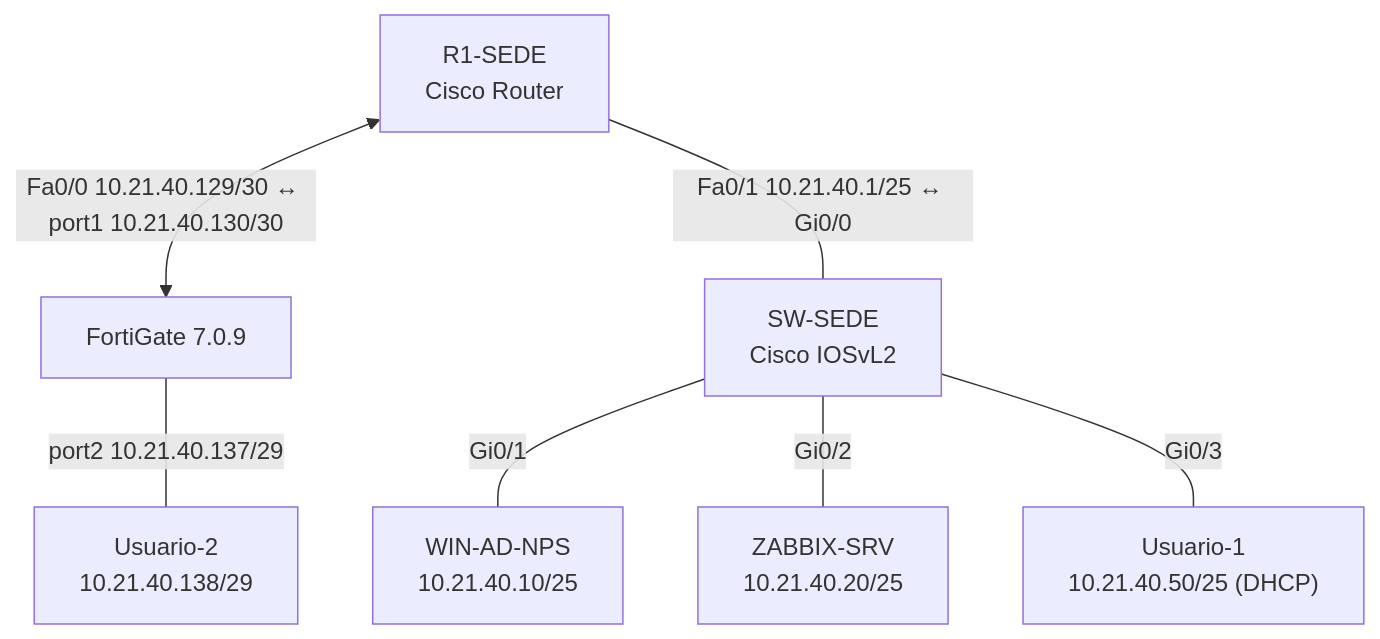
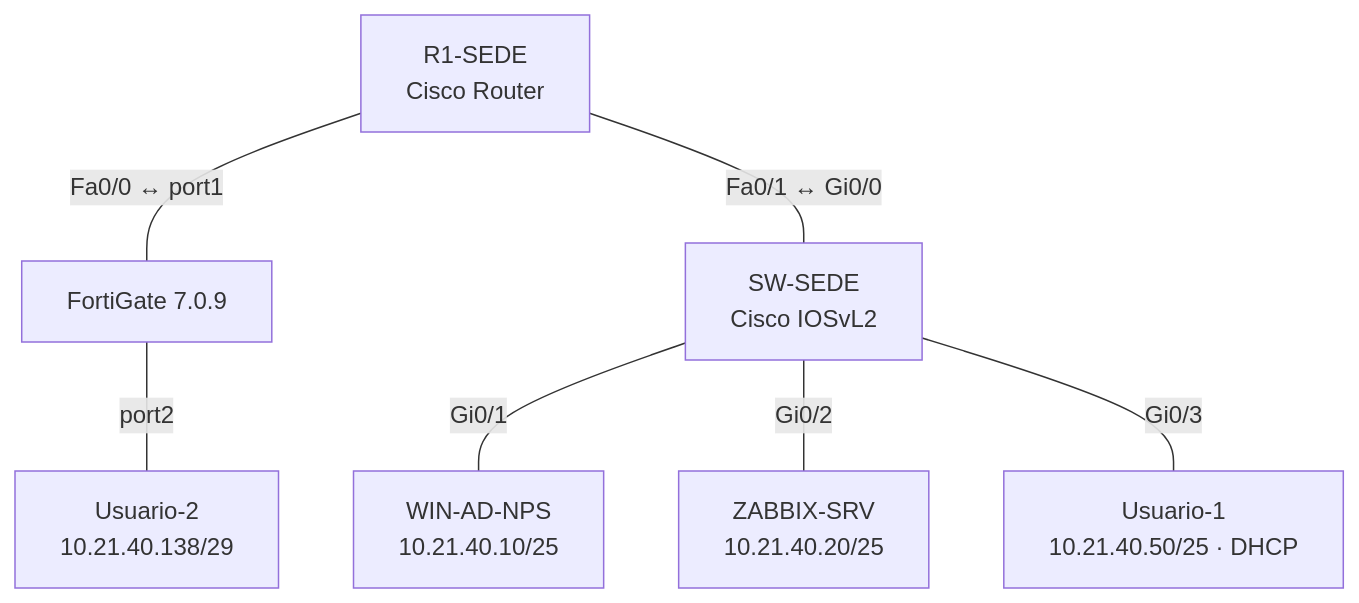
Before and after one commit to Carlos-2140/Parcial2-Seguridad-Redes-GNS3-2140: the diagram in README.md, drawn with Mermaid. The commit also changed other lines of this file, not shown here.

````diff
--- a/README.md
+++ b/README.md
@@ -9,16 +29,16 @@
 ```mermaid
 flowchart TB
     R["R1-SEDE<br/>Cisco Router"]
     F["FortiGate 7.0.9"]
     S["SW-SEDE<br/>Cisco IOSvL2"]
     AD["WIN-AD-NPS<br/>10.21.40.10/25"]
     Z["ZABBIX-SRV<br/>10.21.40.20/25"]
-    U1["Usuario-1<br/>10.21.40.50/25 (DHCP)"]
+    U1["Usuario-1<br/>10.21.40.50/25 · DHCP"]
     U2["Usuario-2<br/>10.21.40.138/29"]
-    R <-->|"Fa0/0 10.21.40.129/30 ↔ port1 10.21.40.130/30"| F
-    R ---|"Fa0/1 10.21.40.1/25 ↔ Gi0/0"| S
+    R ---|"Fa0/0 ↔ port1"| F
+    R ---|"Fa0/1 ↔ Gi0/0"| S
     S ---|"Gi0/1"| AD
     S ---|"Gi0/2"| Z
     S ---|"Gi0/3"| U1
-    F ---|"port2 10.21.40.137/29"| U2
+    F ---|"port2"| U2
 ```
````
